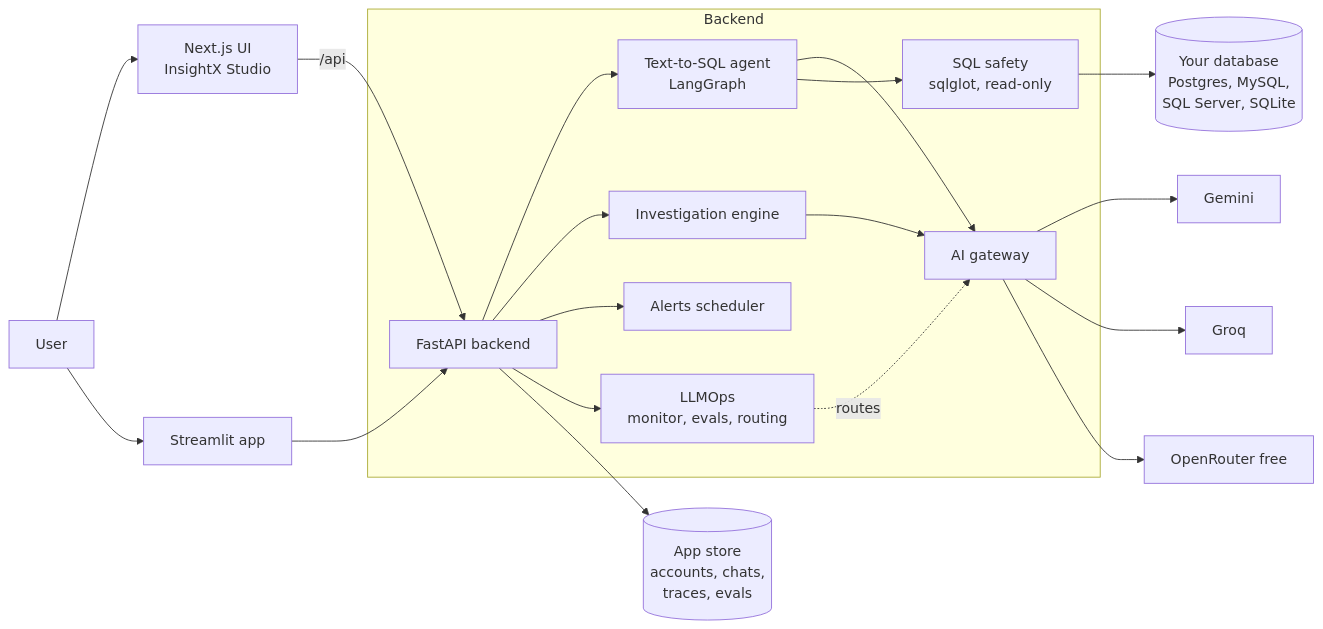
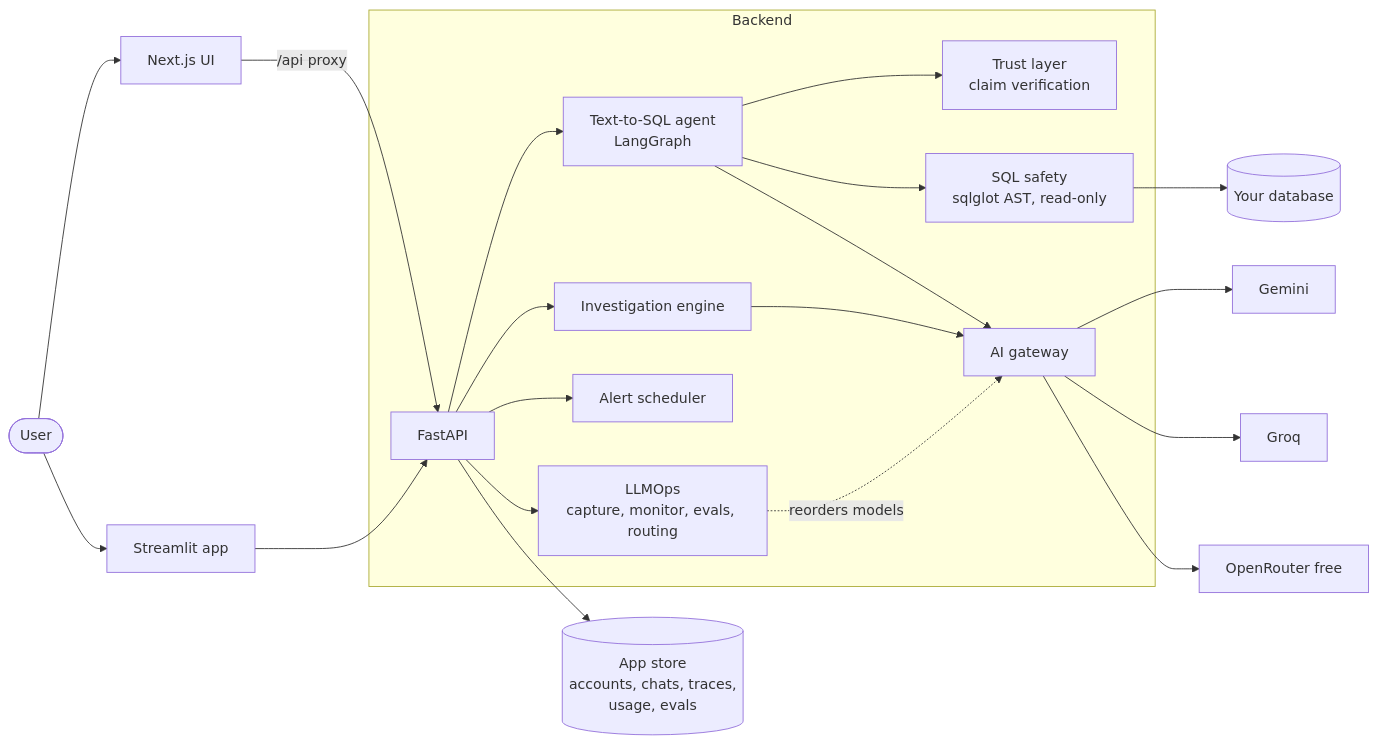
The first of 2 diagrams in README.md (anchalrajput25/InsightX), drawn with Mermaid before and after one commit. The commit also changed other lines of this file and 2 other files, not shown here.

Commit message:
Rewrite README: problem, architecture, benchmarks, example workflow, engineering highlights

````diff
--- a/README.md
+++ b/README.md
@@ -75,24 +136,25 @@
 ```mermaid
 flowchart LR
-    U[User] --> UI[Next.js UI<br/>InsightX Studio]
+    U([User]) --> UI[Next.js UI]
     U --> ST[Streamlit app]
-    UI -->|/api| API[FastAPI backend]
+    UI -->|/api proxy| API[FastAPI]
     ST --> API
 
-    subgraph Backend
+    subgraph Core["Backend"]
         API --> AG[Text-to-SQL agent<br/>LangGraph]
         API --> INV[Investigation engine]
-        API --> ALR[Alerts scheduler]
-        API --> OPS[LLMOps<br/>monitor, evals, routing]
+        API --> ALR[Alert scheduler]
+        API --> OPS[LLMOps<br/>capture, monitor, evals, routing]
+        AG --> TRUST[Trust layer<br/>claim verification]
+        AG --> SAFE[SQL safety<br/>sqlglot AST, read-only]
         AG --> GW[AI gateway]
         INV --> GW
-        OPS -.routes.-> GW
-        AG --> SAFE[SQL safety<br/>sqlglot, read-only]
+        OPS -. reorders models .-> GW
     end
 
-    GW --> M1[Gemini]
-    GW --> M2[Groq]
-    GW --> M3[OpenRouter free]
-    SAFE --> DB[(Your database<br/>Postgres, MySQL,<br/>SQL Server, SQLite)]
-    API --> APPDB[(App store<br/>accounts, chats,<br/>traces, evals)]
+    GW --> G1[Gemini]
+    GW --> G2[Groq]
+    GW --> G3[OpenRouter free]
+    SAFE --> DB[(Your database)]
+    API --> APP[(App store<br/>accounts, chats, traces,<br/>usage, evals)]
 ```
````
